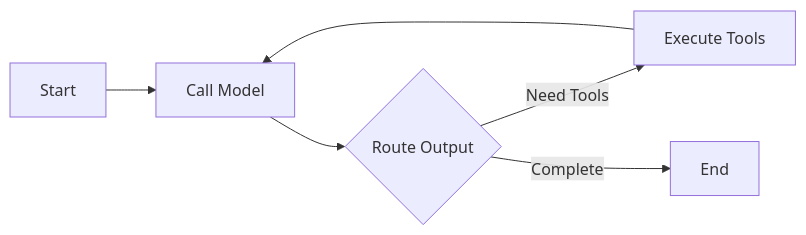
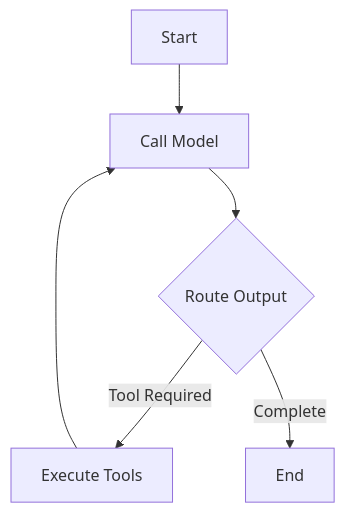
Before and after one commit to karanpargal/SuperNova: the second of 3 diagrams in agent/README.md, drawn with Mermaid. The commit also changed other lines of this file and 6 other files, not shown here.

````diff
--- a/agent/README.md
+++ b/agent/README.md
@@ -32,8 +29,8 @@
 ```mermaid
-graph LR
+graph TD
     A[Start] --> B[Call Model]
     B --> C{Route Output}
-    C -->|Need Tools| D[Execute Tools]
+    C -->|Tool Required| D[Execute Tools]
     D --> B
     C -->|Complete| E[End]
 ```
````
